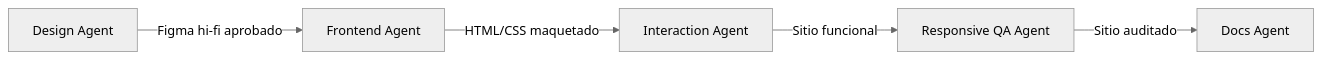
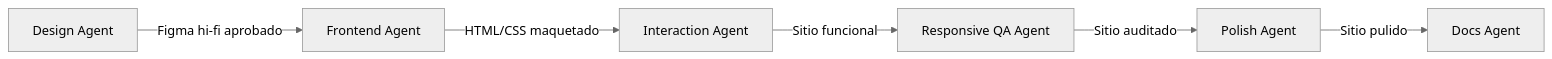
One commit to nicolledardon/injerto-website-ai changed the diagram in AGENTS.md. Above: the diagram before and after it, drawn with Mermaid (neutral theme). The commit also changed other lines of this file and 3 other files, not shown here.

First line of the commit message:
docs: documenta la pasada de pulido de la Fase 6 (Polish Agent, README, AGENTS, PLAN 6.16)

````diff
--- a/AGENTS.md
+++ b/AGENTS.md
@@ -21,7 +24,8 @@
 ```mermaid
 flowchart LR
     A[Design Agent] -->|Figma hi-fi aprobado| B[Frontend Agent]
     B -->|HTML/CSS maquetado| C[Interaction Agent]
     C -->|Sitio funcional| D[Responsive QA Agent]
-    D -->|Sitio auditado| E[Docs Agent]
+    D -->|Sitio auditado| F[Polish Agent]
+    F -->|Sitio pulido| E[Docs Agent]
 ```
````
